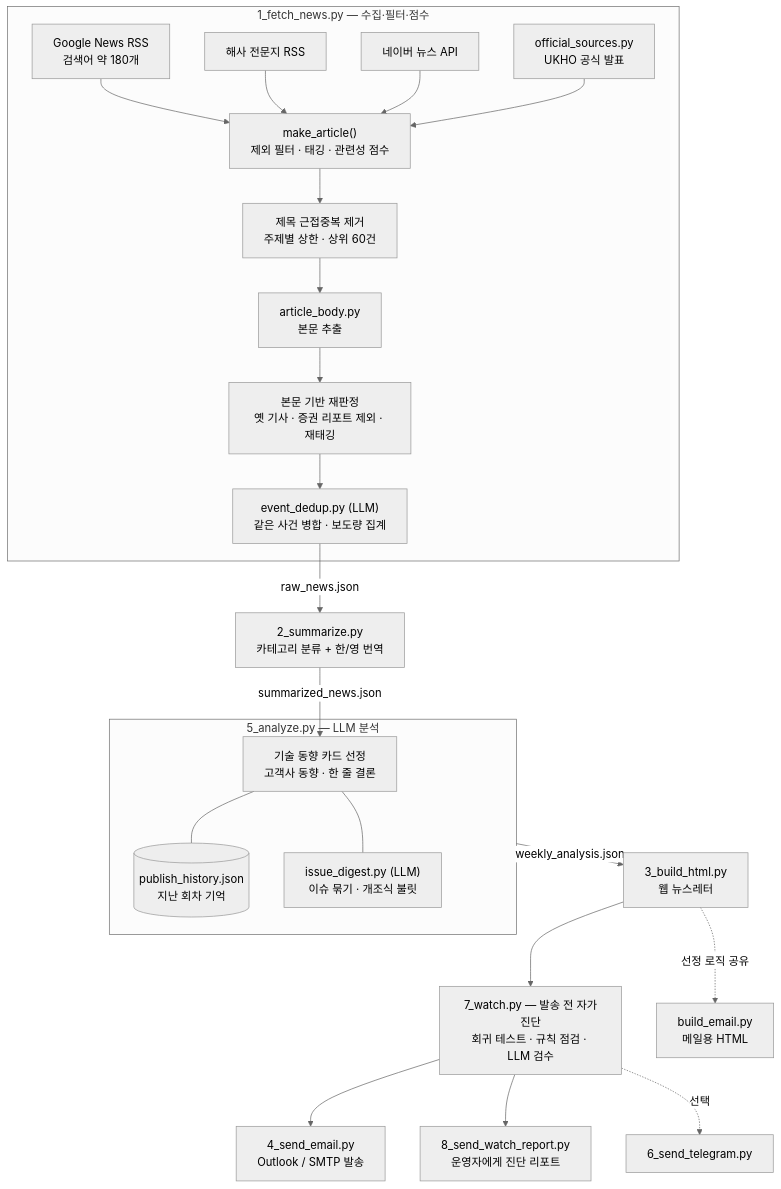
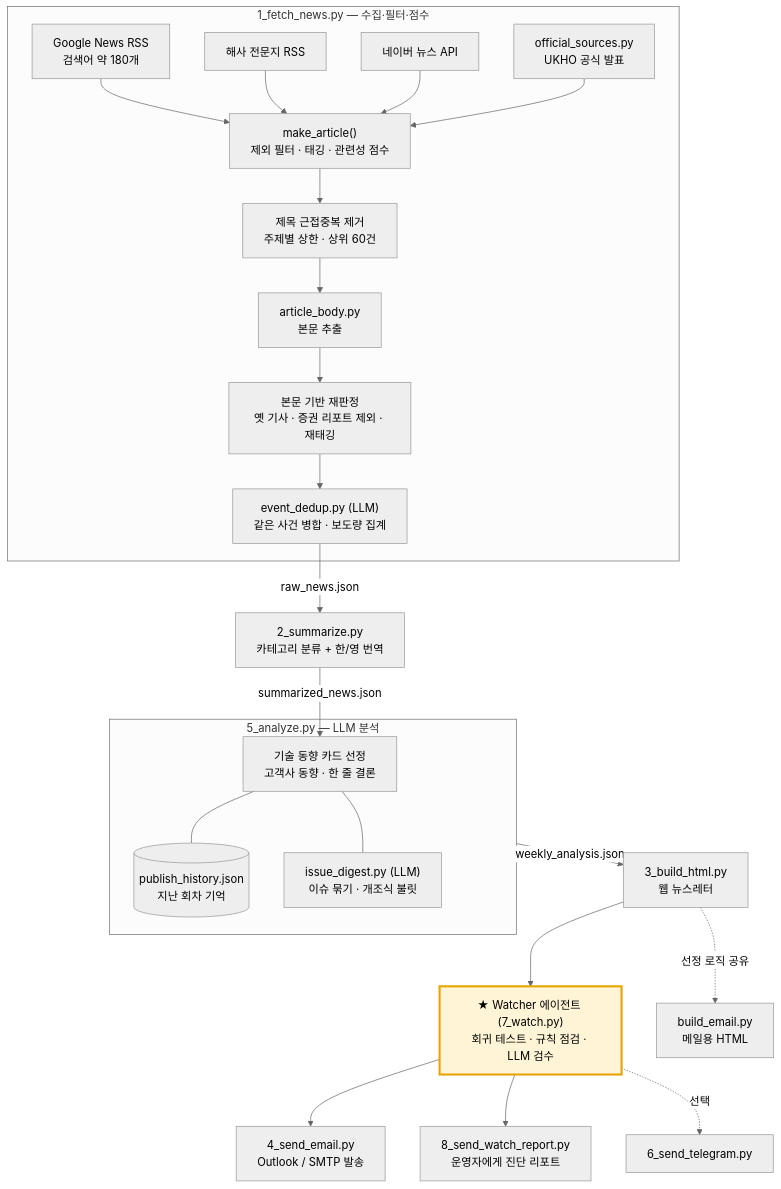
Before and after one commit to isshin0217/news-briefing-pipeline: the second of 2 diagrams in README.md, drawn with Mermaid (neutral theme). The commit also changed other lines of this file, not shown here.

First line of the commit message:
README: feature the Watcher agent

````diff
--- a/README.md
+++ b/README.md
@@ -34,31 +116,33 @@
 ```mermaid
 flowchart TD
     subgraph S1["1_fetch_news.py — 수집·필터·점수"]
         A1[Google News RSS<br/>검색어 약 180개] --> M
         A2[해사 전문지 RSS] --> M
         A3[네이버 뉴스 API] --> M
         A4[official_sources.py<br/>UKHO 공식 발표] --> M
         M["make_article()<br/>제외 필터 · 태깅 · 관련성 점수"] --> D[제목 근접중복 제거<br/>주제별 상한 · 상위 60건]
         D --> B["article_body.py<br/>본문 추출"]
         B --> B2[본문 기반 재판정<br/>옛 기사 · 증권 리포트 제외 · 재태깅]
         B2 --> E["event_dedup.py (LLM)<br/>같은 사건 병합 · 보도량 집계"]
     end
     E -->|raw_news.json| S2
 
     S2["2_summarize.py<br/>카테고리 분류 + 한/영 번역"] -->|summarized_news.json| S5
 
     subgraph S5G["5_analyze.py — LLM 분석"]
         S5["기술 동향 카드 선정<br/>고객사 동향 · 한 줄 결론"]
         S5 --- PH[(publish_history.json<br/>지난 회차 기억)]
         S5 --- ID["issue_digest.py (LLM)<br/>이슈 묶기 · 개조식 불릿"]
     end
     S5G -->|weekly_analysis.json| S3
 
     S3["3_build_html.py<br/>웹 뉴스레터"] --> S7
     S3 -. 선정 로직 공유 .-> BE["build_email.py<br/>메일용 HTML"]
 
-    S7["7_watch.py — 발송 전 자가진단<br/>회귀 테스트 · 규칙 점검 · LLM 검수"]
+    S7["★ Watcher 에이전트 (7_watch.py)<br/>회귀 테스트 · 규칙 점검 · LLM 검수"]
     S7 --> S4["4_send_email.py<br/>Outlook / SMTP 발송"]
     S7 --> S8["8_send_watch_report.py<br/>운영자에게 진단 리포트"]
     S7 -. 선택 .-> S6["6_send_telegram.py"]
+
+    style S7 fill:#fff4d6,stroke:#e8a400,stroke-width:3px
 ```
````
